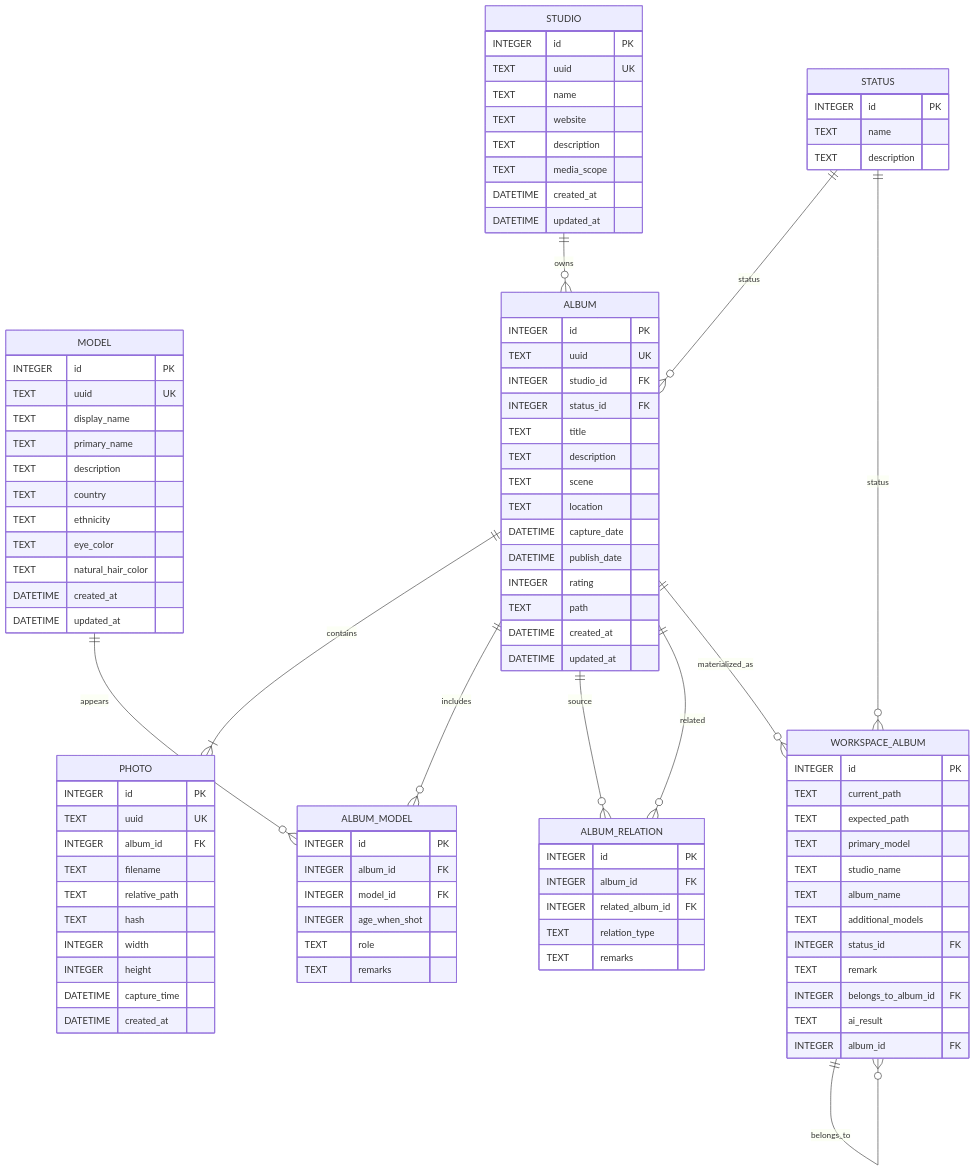
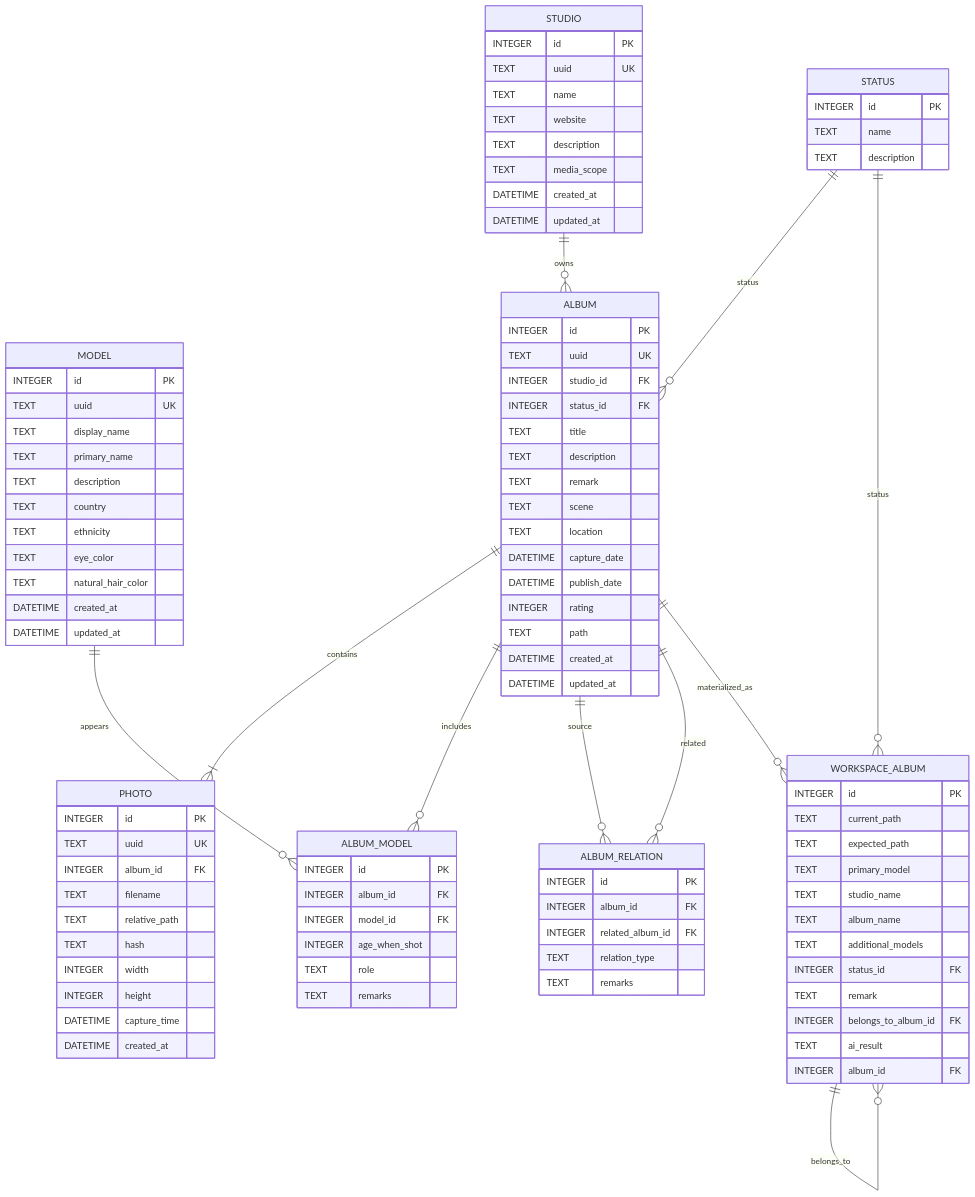
The diagram in Docs/Database/Curator_Database_Model.md (danielmeng1986/Curator), drawn with Mermaid before and after one commit. The commit also changed 6 other files, not shown here.

```diff
--- a/Docs/Database/Curator_Database_Model.md
+++ b/Docs/Database/Curator_Database_Model.md
@@ -43,6 +43,7 @@
 
         TEXT title
         TEXT description
+        TEXT remark
 
         TEXT scene
         TEXT location
```
